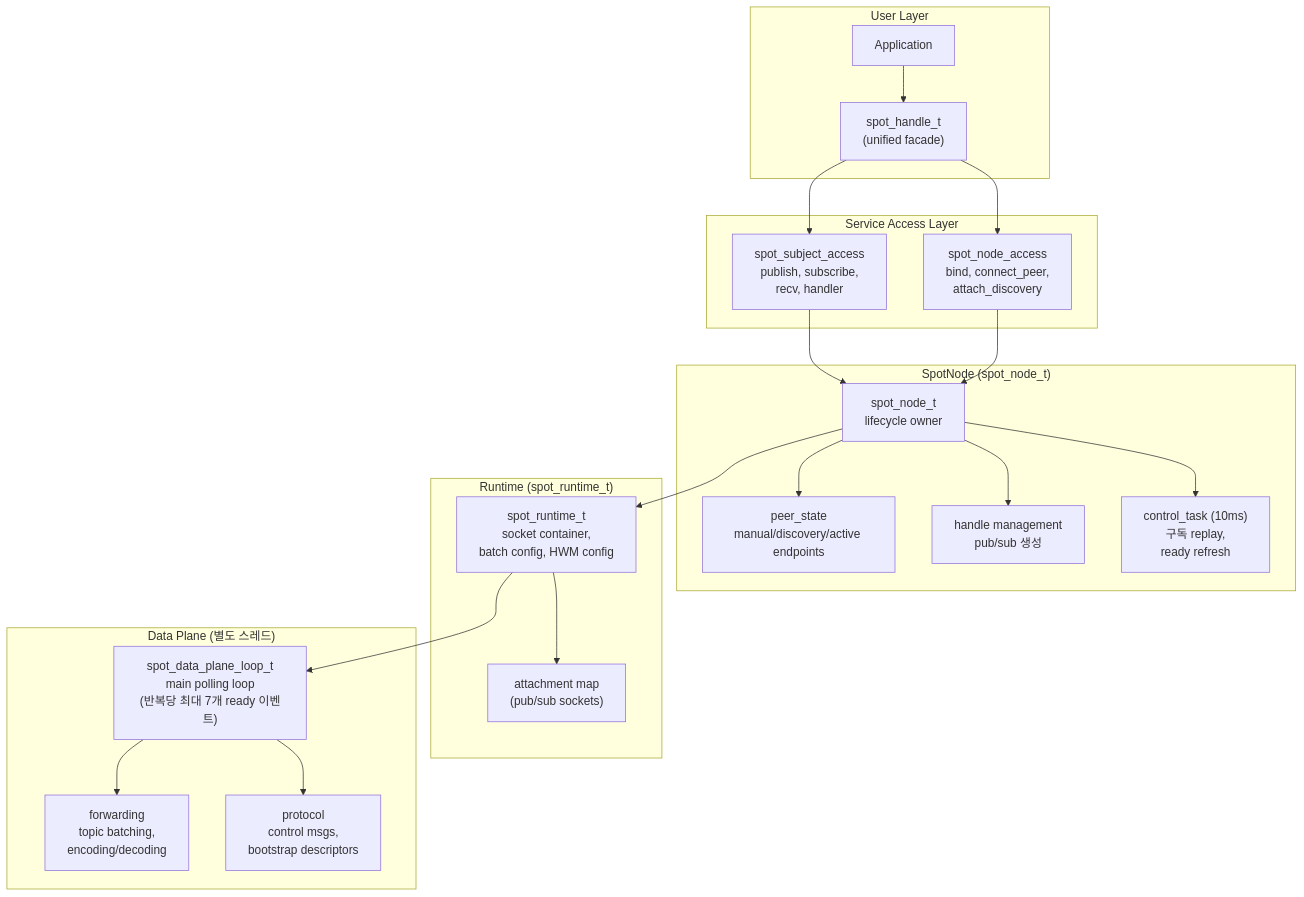
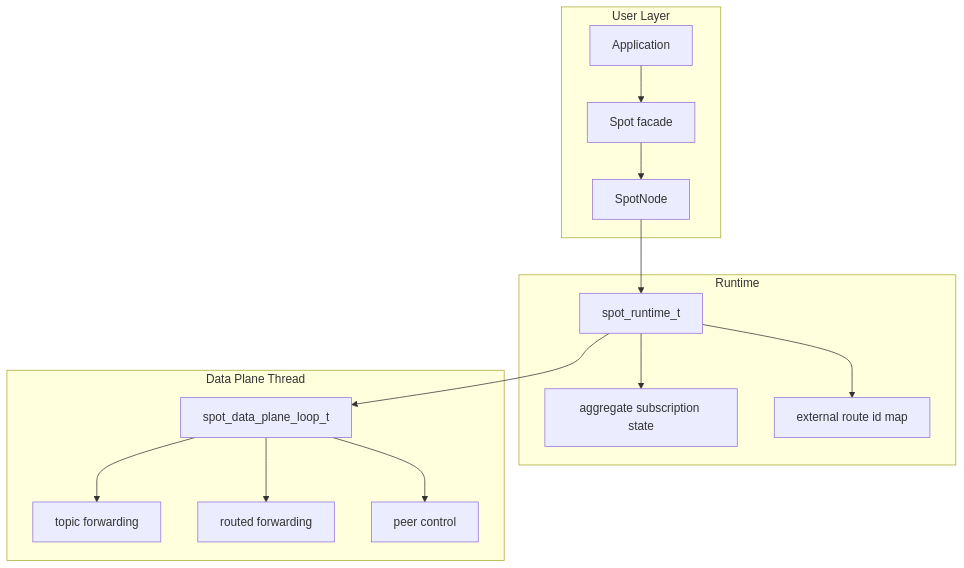
One commit to kairos-code-dev/zlink changed the first of 5 diagrams in doc/site/docs/internals/spot-internals.ko.md. Above: the diagram before and after it, drawn with Mermaid. The commit also changed other lines of this file and 117 other files, not shown here.

````diff
--- a/doc/site/docs/internals/spot-internals.ko.md
+++ b/doc/site/docs/internals/spot-internals.ko.md
@@ -7,44 +12,31 @@
 ```mermaid
 flowchart TB
     subgraph UserLayer["User Layer"]
         app["Application"]
-        spot_handle["spot_handle_t<br/>(unified facade)"]
+        spot["Spot facade"]
+        node["SpotNode"]
     end
 
-    subgraph AccessLayer["Service Access Layer"]
-        subject_access["spot_subject_access<br/>publish, subscribe,<br/>recv, handler"]
-        node_access["spot_node_access<br/>bind, connect_peer,<br/>attach_discovery"]
+    subgraph RuntimeLayer["Runtime"]
+        runtime["spot_runtime_t"]
+        agg["aggregate subscription state"]
+        route_ids["external route id map"]
     end
 
-    subgraph NodeLayer["SpotNode (spot_node_t)"]
-        node_core["spot_node_t<br/>lifecycle owner"]
-        peer_state["peer_state<br/>manual/discovery/active endpoints"]
-        handles["handle management<br/>pub/sub 생성"]
-        control_task["control_task (10ms)<br/>구독 replay,<br/>ready refresh"]
+    subgraph DataPlane["Data Plane Thread"]
+        loop["spot_data_plane_loop_t"]
+        topic["topic forwarding"]
+        routed["routed forwarding"]
+        control["peer control"]
     end
 
-    subgraph RuntimeLayer["Runtime (spot_runtime_t)"]
-        runtime["spot_runtime_t<br/>socket container,<br/>batch config, HWM config"]
-        attachments["attachment map<br/>(pub/sub sockets)"]
-    end
-
-    subgraph DataPlaneLayer["Data Plane (별도 스레드)"]
-        dp_loop["spot_data_plane_loop_t<br/>main polling loop<br/>(반복당 최대 7개 ready 이벤트)"]
-        dp_fwd["forwarding<br/>topic batching,<br/>encoding/decoding"]
-        dp_proto["protocol<br/>control msgs,<br/>bootstrap descriptors"]
-    end
-
-    app --> spot_handle
-    spot_handle --> subject_access
-    spot_handle --> node_access
-    subject_access --> node_core
-    node_access --> node_core
-    node_core --> peer_state
-    node_core --> handles
-    node_core --> control_task
-    node_core --> runtime
-    runtime --> attachments
-    runtime --> dp_loop
-    dp_loop --> dp_fwd
-    dp_loop --> dp_proto
+    app --> spot
+    spot --> node
+    node --> runtime
+    runtime --> agg
+    runtime --> route_ids
+    runtime --> loop
+    loop --> topic
+    loop --> routed
+    loop --> control
 ```
````
